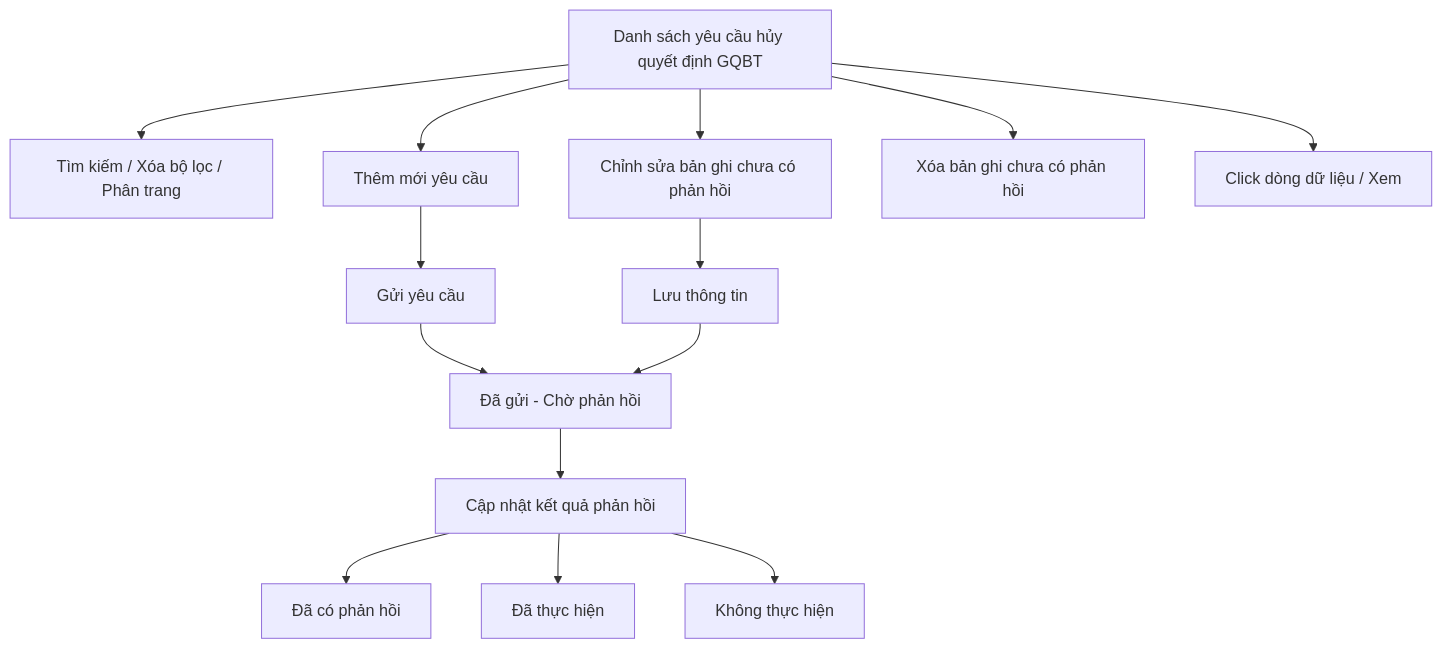
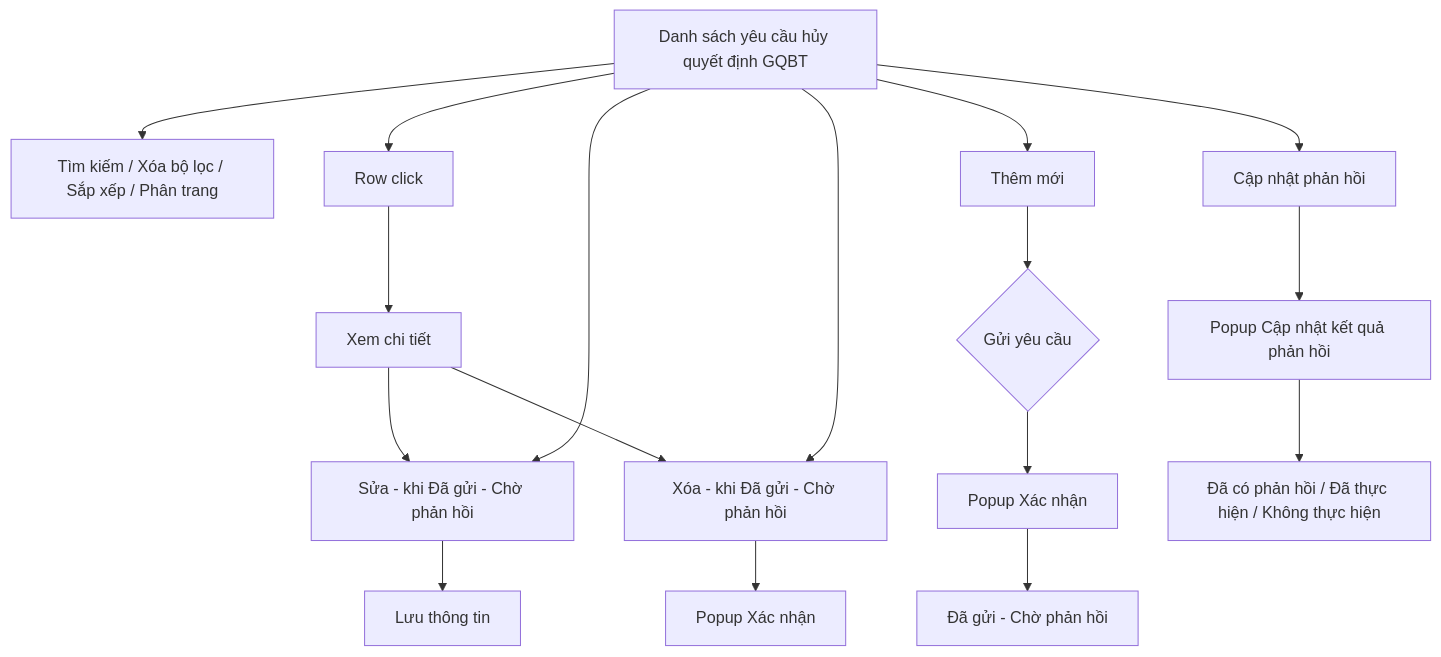
The diagram in Tai lieu phan tich/03_Website_Quan_tri/03_Cong_tac_boi_thuong/SRS_BTNN_STP_YeuCau_Huy_QuyetDinh_GQBT.md (huyendt2007/BPBD_UI), drawn with Mermaid before and after one commit. The commit also changed other lines of this file and 135 other files, not shown here.

````diff
--- a/Tai lieu phan tich/03_Website_Quan_tri/03_Cong_tac_boi_thuong/SRS_BTNN_STP_YeuCau_Huy_QuyetDinh_GQBT.md
+++ b/Tai lieu phan tich/03_Website_Quan_tri/03_Cong_tac_boi_thuong/SRS_BTNN_STP_YeuCau_Huy_QuyetDinh_GQBT.md
@@ -27,16 +27,13 @@
 ```mermaid
 flowchart TD
-    A[Danh sách yêu cầu hủy quyết định GQBT] --> B[Tìm kiếm / Xóa bộ lọc / Phân trang]
-    A --> C[Thêm mới yêu cầu]
-    C --> E[Gửi yêu cầu]
-    E --> F["Đã gửi - Chờ phản hồi"]
-    A --> G[Chỉnh sửa bản ghi chưa có phản hồi]
-    G --> N[Lưu thông tin]
-    N --> F
-    F --> H[Cập nhật kết quả phản hồi]
-    H --> I["Đã có phản hồi"]
-    H --> J["Đã thực hiện"]
-    H --> K["Không thực hiện"]
-    A --> L[Xóa bản ghi chưa có phản hồi]
-    A --> M[Click dòng dữ liệu / Xem]
+    A[Danh sách yêu cầu hủy quyết định GQBT] --> B[Tìm kiếm / Xóa bộ lọc / Sắp xếp / Phân trang]
+    A --> G[Row click] --> K[Xem chi tiết]
+    K --> E
+    K --> F
+    A --> C[Thêm mới] --> S{Gửi yêu cầu}
+    S --> X1[Popup Xác nhận] --> W["Đã gửi - Chờ phản hồi"]
+    A --> E[Sửa - khi Đã gửi - Chờ phản hồi] --> D[Lưu thông tin]
+    A --> F[Xóa - khi Đã gửi - Chờ phản hồi] --> X2[Popup Xác nhận]
+    A --> R[Cập nhật phản hồi] --> P[Popup Cập nhật kết quả phản hồi]
+    P --> R1["Đã có phản hồi / Đã thực hiện / Không thực hiện"]
 ```
````
